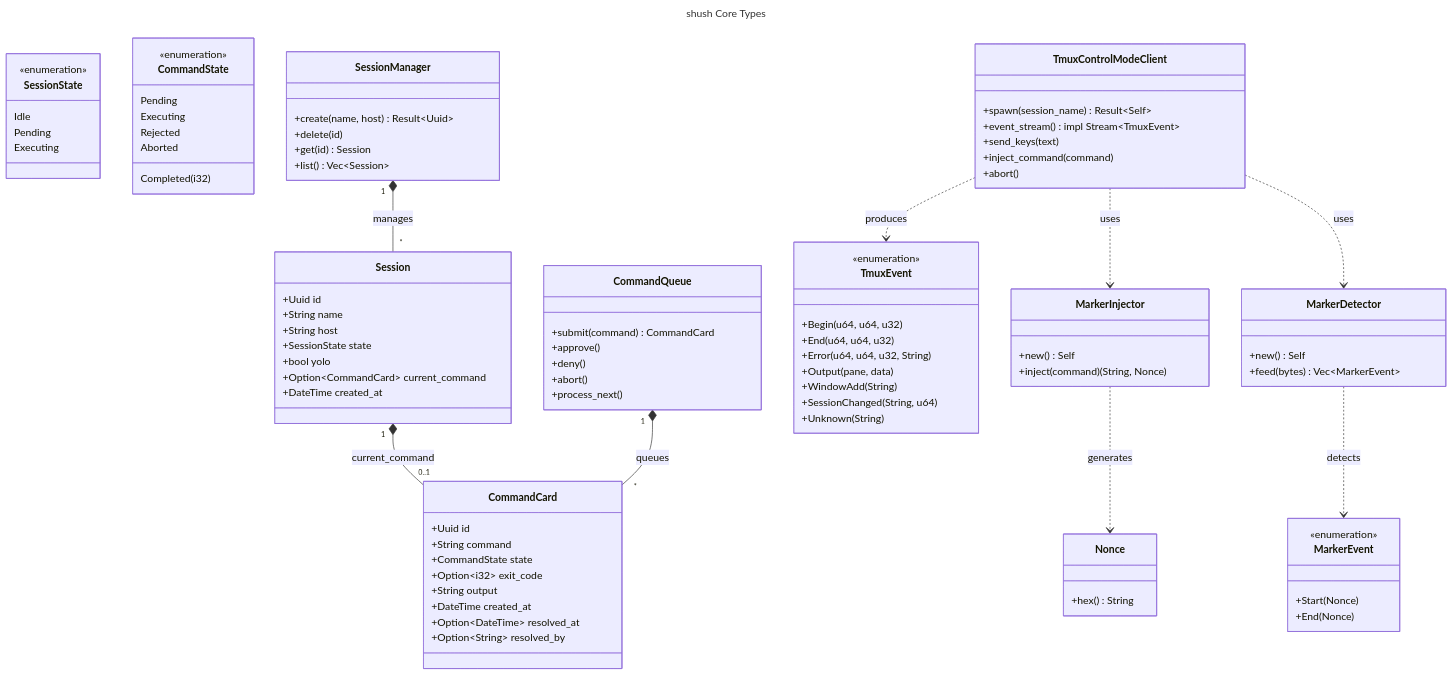
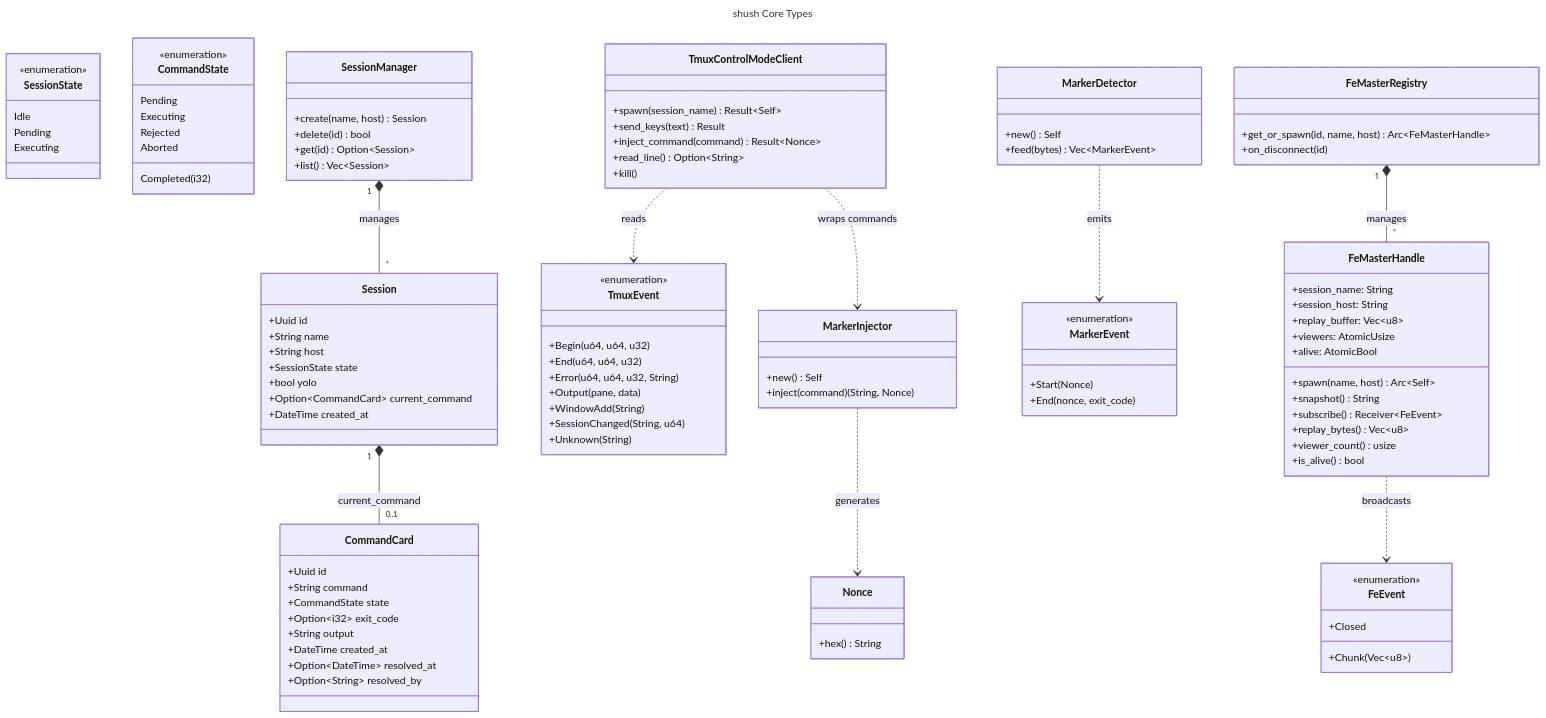
The first of 6 diagrams in docs/diagrams.md (cfchou/shush), drawn with Mermaid before and after one commit. The commit also changed other lines of this file and 17 other files, not shown here.

````diff
--- a/docs/diagrams.md
+++ b/docs/diagrams.md
@@ -45,26 +45,18 @@
     }
 
     class SessionManager {
-        +create(name, host) Result~Uuid~
-        +delete(id)
-        +get(id) Session
+        +create(name, host) Session
+        +delete(id) bool
+        +get(id) Option~Session~
         +list() Vec~Session~
-    }
-
-    class CommandQueue {
-        +submit(command) CommandCard
-        +approve()
-        +deny()
-        +abort()
-        +process_next()
     }
 
     class TmuxControlModeClient {
         +spawn(session_name) Result~Self~
-        +event_stream() impl Stream~TmuxEvent~
-        +send_keys(text)
-        +inject_command(command)
-        +abort()
+        +send_keys(text) Result
+        +inject_command(command) Result~Nonce~
+        +read_line() Option~String~
+        +kill()
     }
 
     class TmuxEvent {
@@ -95,15 +87,40 @@
     class MarkerEvent {
         <<enumeration>>
         +Start(Nonce)
-        +End(Nonce)
+        +End(nonce, exit_code)
+    }
+
+    class FeEvent {
+        <<enumeration>>
+        +Chunk(Vec~u8~)
+        +Closed
+    }
+
+    class FeMasterHandle {
+        +session_name: String
+        +session_host: String
+        +replay_buffer: Vec~u8~
+        +viewers: AtomicUsize
+        +alive: AtomicBool
+        +spawn(name, host) Arc~Self~
+        +snapshot() String
+        +subscribe() Receiver~FeEvent~
+        +replay_bytes() Vec~u8~
+        +viewer_count() usize
+        +is_alive() bool
+    }
+
+    class FeMasterRegistry {
+        +get_or_spawn(id, name, host) Arc~FeMasterHandle~
+        +on_disconnect(id)
     }
 
     Session "1" *-- "0..1" CommandCard : current_command
     SessionManager "1" *-- "*" Session : manages
-    CommandQueue "1" *-- "*" CommandCard : queues
-    TmuxControlModeClient ..> TmuxEvent : produces
+    TmuxControlModeClient ..> TmuxEvent : reads
+    TmuxControlModeClient ..> MarkerInjector : wraps commands
+    MarkerDetector ..> MarkerEvent : emits
     MarkerInjector ..> Nonce : generates
-    MarkerDetector ..> MarkerEvent : detects
-    TmuxControlModeClient ..> MarkerInjector : uses
-    TmuxControlModeClient ..> MarkerDetector : uses
+    FeMasterRegistry "1" *-- "*" FeMasterHandle : manages
+    FeMasterHandle ..> FeEvent : broadcasts
 ```
````
